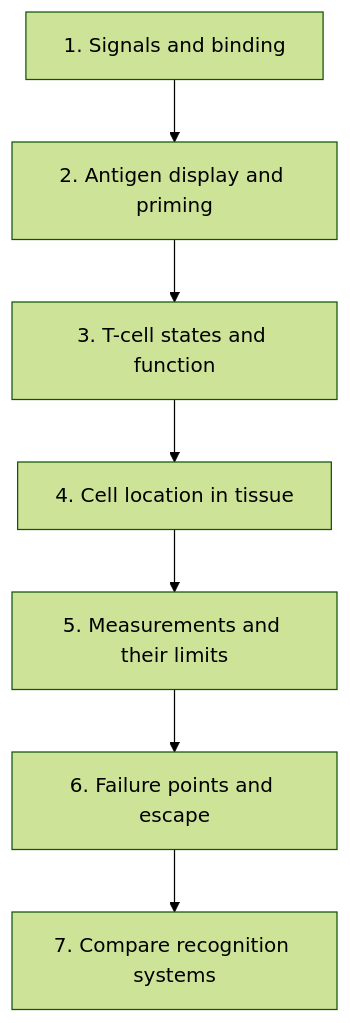
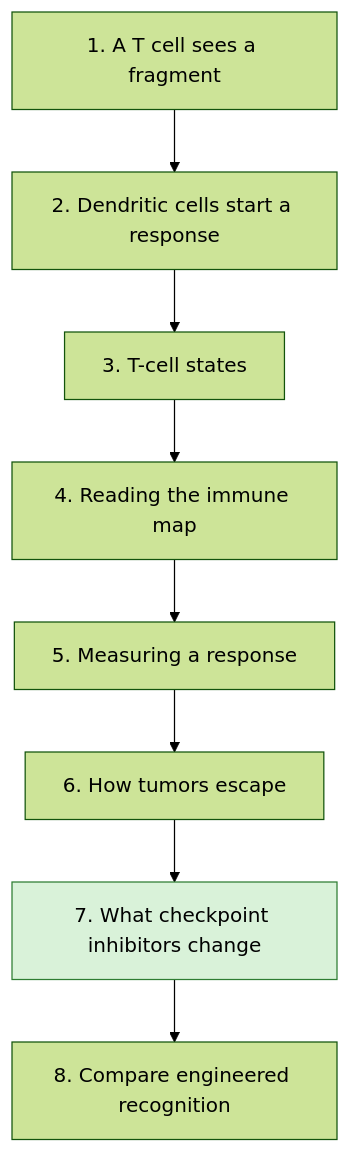
Before and after one commit to jasonLaster/oncoguide: the diagram in wiki/education/guides/how-the-immune-system-fights-cancer/index.md, drawn with Mermaid (forest theme). The commit also changed other lines of this file and 322 other files, not shown here.

````diff
--- a/wiki/education/guides/how-the-immune-system-fights-cancer/index.md
+++ b/wiki/education/guides/how-the-immune-system-fights-cancer/index.md
@@ -34,9 +32,11 @@
 ```mermaid
 flowchart TD
-  A[1. Signals and binding] --> B[2. Antigen display and priming]
-  B --> C[3. T-cell states and function]
-  C --> D[4. Cell location in tissue]
-  D --> E[5. Measurements and their limits]
-  E --> F[6. Failure points and escape]
-  F --> G[7. Compare recognition systems]
+  A["1. A T cell sees a fragment"] --> B["2. Dendritic cells start a response"]
+  B --> C["3. T-cell states"]
+  C --> D["4. Reading the immune map"]
+  D --> E["5. Measuring a response"]
+  E --> F["6. How tumors escape"]
+  F --> G["7. What checkpoint inhibitors change"]
+  G --> H["8. Compare engineered recognition"]
+  style G fill:#d9f2d9,stroke:#2e7d32
 ```
````
